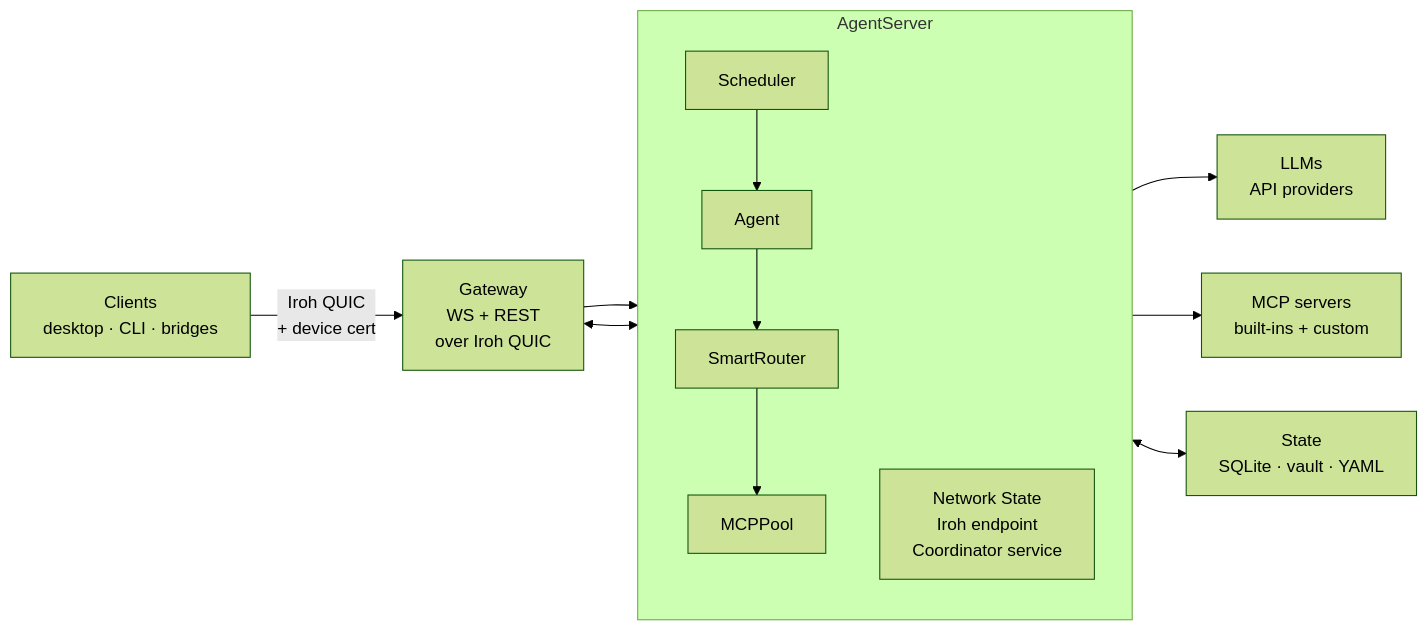
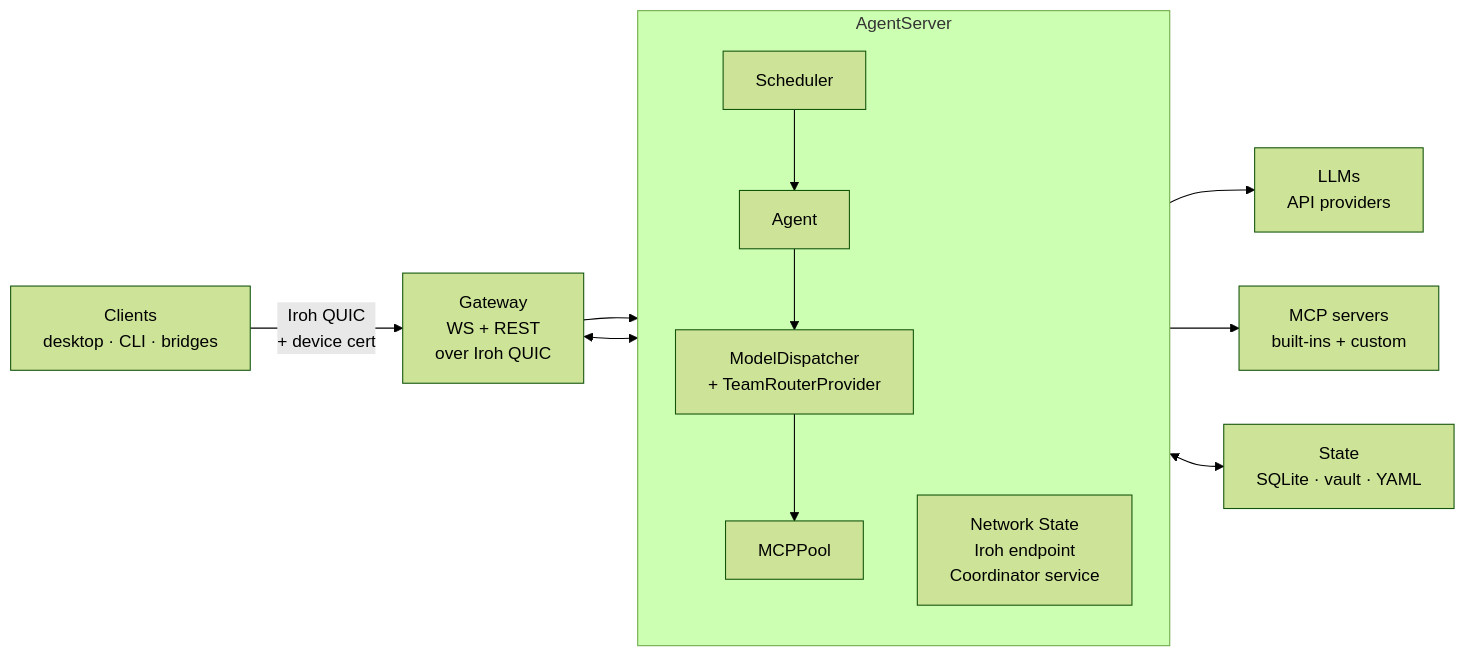
One commit to openagent-uno/openagent-docs changed the first of 9 diagrams in guide/architecture.md. Above: the diagram before and after it, drawn with Mermaid (forest theme). The commit also changed other lines of this file and 6 other files, not shown here.

````diff
--- a/guide/architecture.md
+++ b/guide/architecture.md
@@ -20,26 +20,26 @@
 ```mermaid
 flowchart LR
     Clients["Clients<br/>desktop · CLI · bridges"]
     GW["Gateway<br/>WS + REST<br/>over Iroh QUIC"]
 
     subgraph Core["AgentServer"]
         direction TB
         Agent["Agent"]
-        Router["SmartRouter"]
+        Router["ModelDispatcher<br/>+ TeamRouterProvider"]
         Pool["MCPPool"]
         Sched["Scheduler"]
         Net["Network State<br/>Iroh endpoint<br/>Coordinator service"]
     end
 
     LLMs["LLMs<br/>API providers"]
     MCPs["MCP servers<br/>built-ins + custom"]
     State["State<br/>SQLite · vault · YAML"]
 
     Clients -->|"Iroh QUIC<br/>+ device cert"| GW --> Agent
     Sched --> Agent
     Agent --> Router --> Pool
     Router --> LLMs
     Pool --> MCPs
     Agent <--> State
     GW <--> Net
 ```
````
